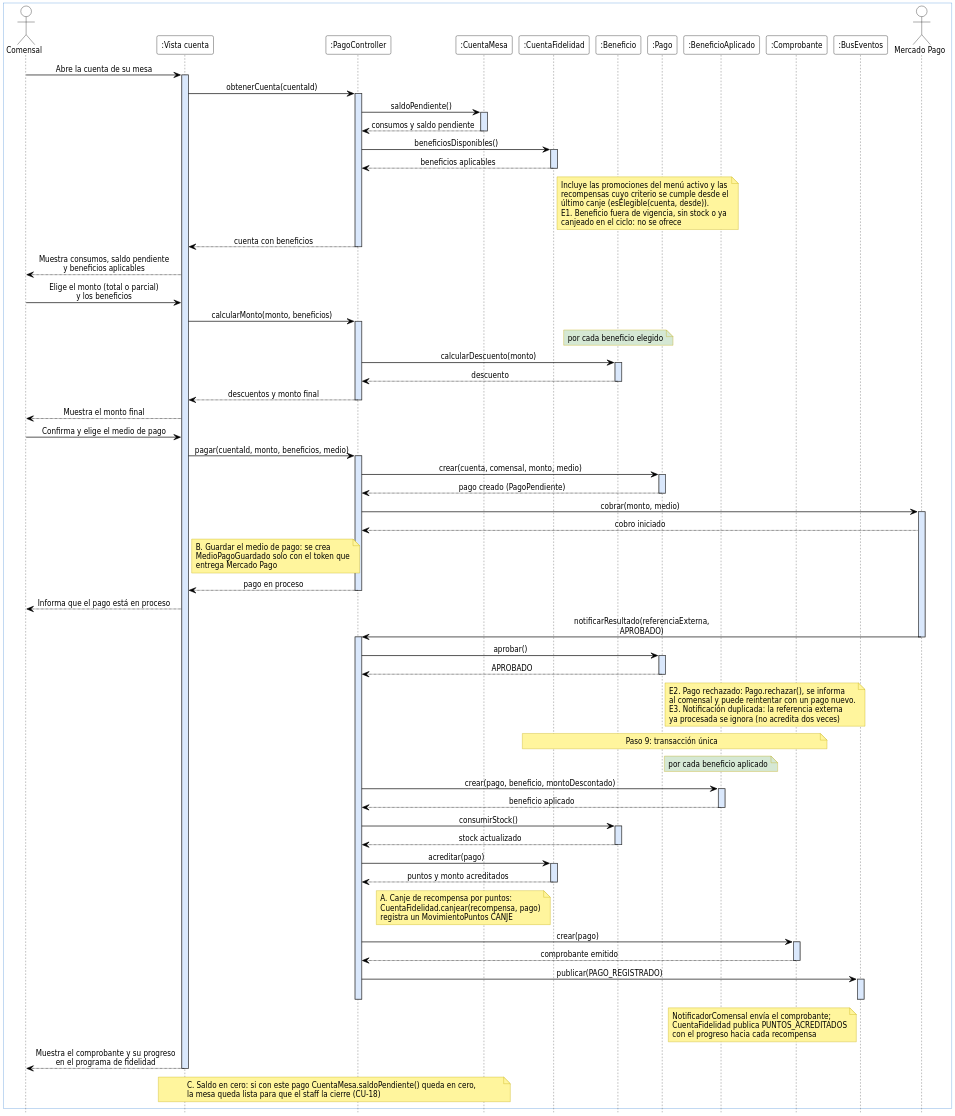
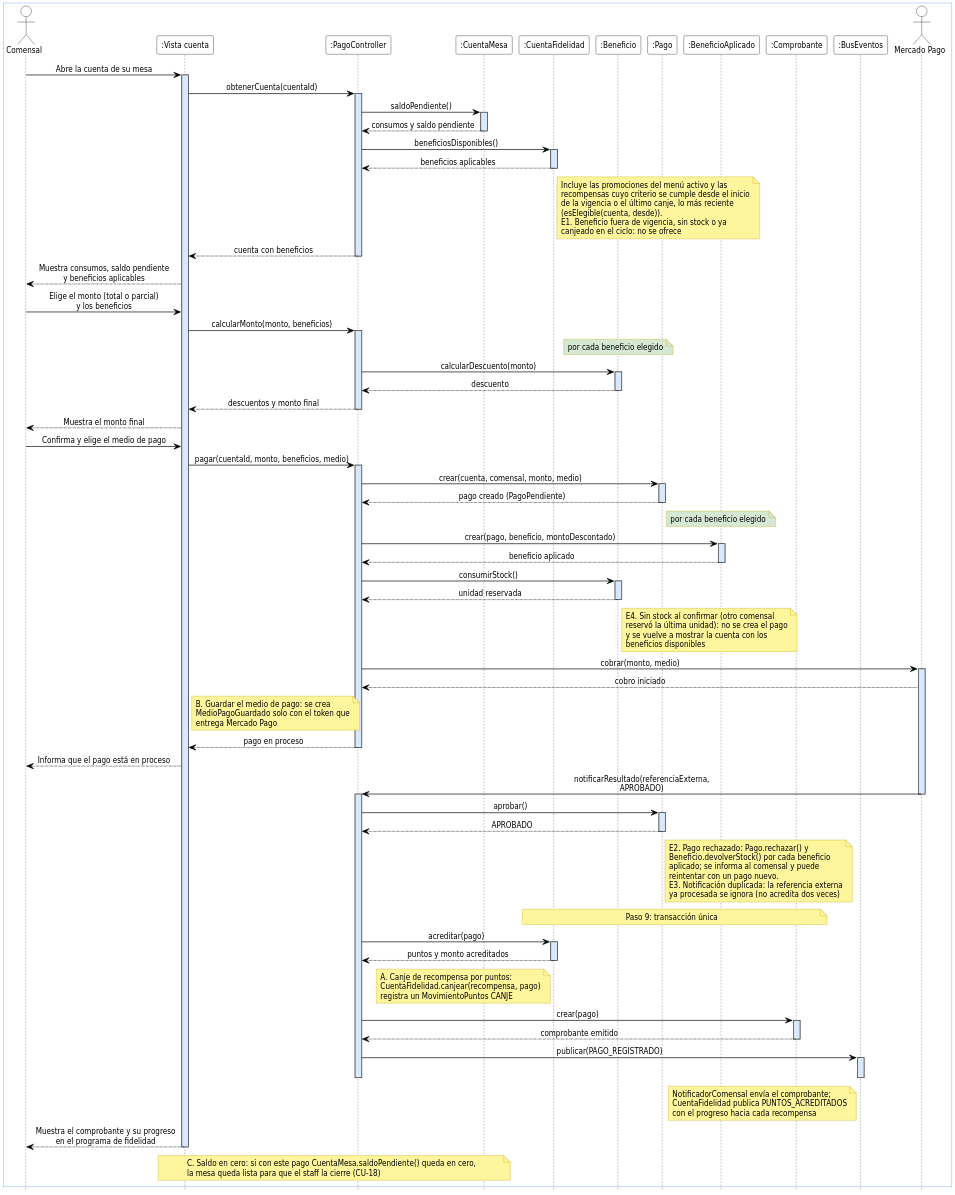
Before and after one commit to GabrielLigresti/TFG-PGIM: the diagram in docs/modelos/secuencia/CU-06-pagar-cuenta/v1/cu-06-secuencia-v1.puml, drawn with PlantUML. The commit also changed 4 other files, not shown here.

```diff
--- a/docs/modelos/secuencia/CU-06-pagar-cuenta/v1/cu-06-secuencia-v1.puml
+++ b/docs/modelos/secuencia/CU-06-pagar-cuenta/v1/cu-06-secuencia-v1.puml
@@ -1,126 +1,127 @@
 @startuml cu-06-secuencia-v1
 ' Formato Vialia: participantes ":Clase", barras de activación celestes,
 ' sin numeración ni fragmentos; los flujos alternativos y las excepciones van como notas.
 skinparam dpi 200
 skinparam defaultFontName DejaVu Sans Condensed
 skinparam defaultFontSize 12
 skinparam shadowing false
 skinparam maxMessageSize 260
 skinparam sequenceMessageAlign center
 skinparam responseMessageBelowArrow false
 skinparam ArrowColor #000000
 skinparam ArrowThickness 1
 skinparam ActorBorderColor #000000
 skinparam ActorBackgroundColor #FFFFFF
 skinparam ActorFontColor #000000
 skinparam ParticipantBorderColor #000000
 skinparam ParticipantBackgroundColor #FFFFFF
 skinparam ParticipantFontColor #000000
 skinparam NoteBorderColor #BFA800
 skinparam NoteBackgroundColor #FFF59D
 skinparam NoteFontColor #000000
 skinparam BoxPadding 12
 skinparam sequence {
   LifeLineBorderColor #444444
   LifeLineBackgroundColor #DAE8FC
   BoxBorderColor #4A90D9
   BoxBackgroundColor #FFFFFF
 }
 hide footbox
 
 box
   actor Comensal as C
   participant ":Vista cuenta" as V
   participant ":PagoController" as PGC
   participant ":CuentaMesa" as CM
   participant ":CuentaFidelidad" as CF
   participant ":Beneficio" as B
   participant ":Pago" as P
   participant ":BeneficioAplicado" as BA
   participant ":Comprobante" as CO
   participant ":BusEventos" as BUS
   actor "Mercado Pago" as MP
 end box
 
 C -> V : Abre la cuenta de su mesa
 activate V
 V -> PGC : obtenerCuenta(cuentaId)
 activate PGC
 PGC -> CM : saldoPendiente()
 activate CM
 CM --> PGC : consumos y saldo pendiente
 deactivate CM
 PGC -> CF : beneficiosDisponibles()
 activate CF
 CF --> PGC : beneficios aplicables
 deactivate CF
-note right of CF : Incluye las promociones del menú activo y las\nrecompensas cuyo criterio se cumple desde el\núltimo canje (esElegible(cuenta, desde)).\nE1. Beneficio fuera de vigencia, sin stock o ya\ncanjeado en el ciclo: no se ofrece
+note right of CF : Incluye las promociones del menú activo y las\nrecompensas cuyo criterio se cumple desde el inicio\nde la vigencia o el último canje, lo más reciente\n(esElegible(cuenta, desde)).\nE1. Beneficio fuera de vigencia, sin stock o ya\ncanjeado en el ciclo: no se ofrece
 PGC --> V : cuenta con beneficios
 deactivate PGC
 V --> C : Muestra consumos, saldo pendiente\ny beneficios aplicables
 
 C -> V : Elige el monto (total o parcial)\ny los beneficios
 V -> PGC : calcularMonto(monto, beneficios)
 activate PGC
 note over B #D5E8D4 : por cada beneficio elegido
 PGC -> B : calcularDescuento(monto)
 activate B
 B --> PGC : descuento
 deactivate B
 PGC --> V : descuentos y monto final
 deactivate PGC
 V --> C : Muestra el monto final
 
 C -> V : Confirma y elige el medio de pago
 V -> PGC : pagar(cuentaId, monto, beneficios, medio)
 activate PGC
 PGC -> P : crear(cuenta, comensal, monto, medio)
 activate P
 P --> PGC : pago creado (PagoPendiente)
 deactivate P
+note over BA #D5E8D4 : por cada beneficio elegido
+PGC -> BA : crear(pago, beneficio, montoDescontado)
+activate BA
+BA --> PGC : beneficio aplicado
+deactivate BA
+PGC -> B : consumirStock()
+activate B
+B --> PGC : unidad reservada
+deactivate B
+note right of B : E4. Sin stock al confirmar (otro comensal\nreservó la última unidad): no se crea el pago\ny se vuelve a mostrar la cuenta con los\nbeneficios disponibles
 PGC -> MP : cobrar(monto, medio)
 activate MP
 MP --> PGC : cobro iniciado
 note right of V : B. Guardar el medio de pago: se crea\nMedioPagoGuardado solo con el token que\nentrega Mercado Pago
 PGC --> V : pago en proceso
 deactivate PGC
 V --> C : Informa que el pago está en proceso
 
 MP -> PGC : notificarResultado(referenciaExterna, APROBADO)
 deactivate MP
 activate PGC
 PGC -> P : aprobar()
 activate P
 P --> PGC : APROBADO
 deactivate P
-note right of P : E2. Pago rechazado: Pago.rechazar(), se informa\nal comensal y puede reintentar con un pago nuevo.\nE3. Notificación duplicada: la referencia externa\nya procesada se ignora (no acredita dos veces)
+note right of P : E2. Pago rechazado: Pago.rechazar() y\nBeneficio.devolverStock() por cada beneficio\naplicado; se informa al comensal y puede\nreintentar con un pago nuevo.\nE3. Notificación duplicada: la referencia externa\nya procesada se ignora (no acredita dos veces)
 
 note over CF, CO : Paso 9: transacción única
-note over BA #D5E8D4 : por cada beneficio aplicado
-PGC -> BA : crear(pago, beneficio, montoDescontado)
-activate BA
-BA --> PGC : beneficio aplicado
-deactivate BA
-PGC -> B : consumirStock()
-activate B
-B --> PGC : stock actualizado
-deactivate B
 PGC -> CF : acreditar(pago)
 activate CF
 CF --> PGC : puntos y monto acreditados
 deactivate CF
 note left of CF : A. Canje de recompensa por puntos:\nCuentaFidelidad.canjear(recompensa, pago)\nregistra un MovimientoPuntos CANJE
 PGC -> CO : crear(pago)
 activate CO
 CO --> PGC : comprobante emitido
 deactivate CO
 
 PGC -> BUS : publicar(PAGO_REGISTRADO)
 activate BUS
 deactivate BUS
 note left of BUS : NotificadorComensal envía el comprobante;\nCuentaFidelidad publica PUNTOS_ACREDITADOS\ncon el progreso hacia cada recompensa
 deactivate PGC
 V --> C : Muestra el comprobante y su progreso\nen el programa de fidelidad
 deactivate V
 note over V, CM : C. Saldo en cero: si con este pago CuentaMesa.saldoPendiente() queda en cero,\nla mesa queda lista para que el staff la cierre (CU-18)
 @enduml
```
